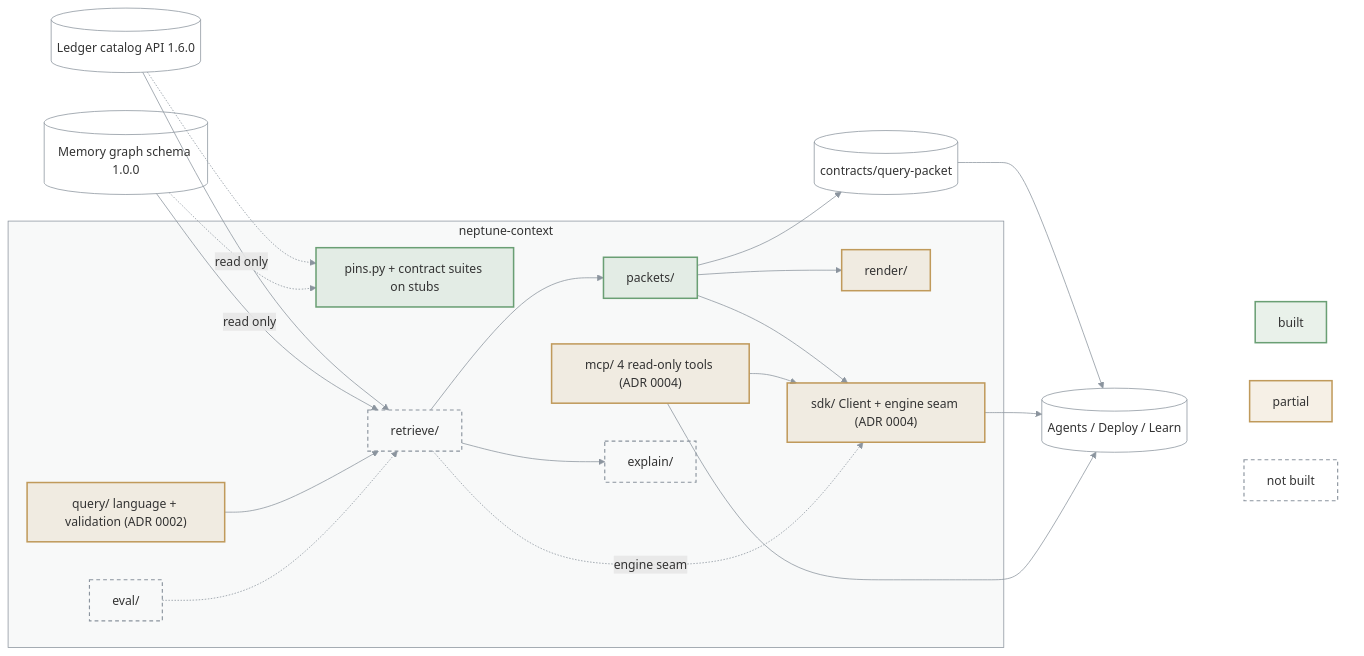
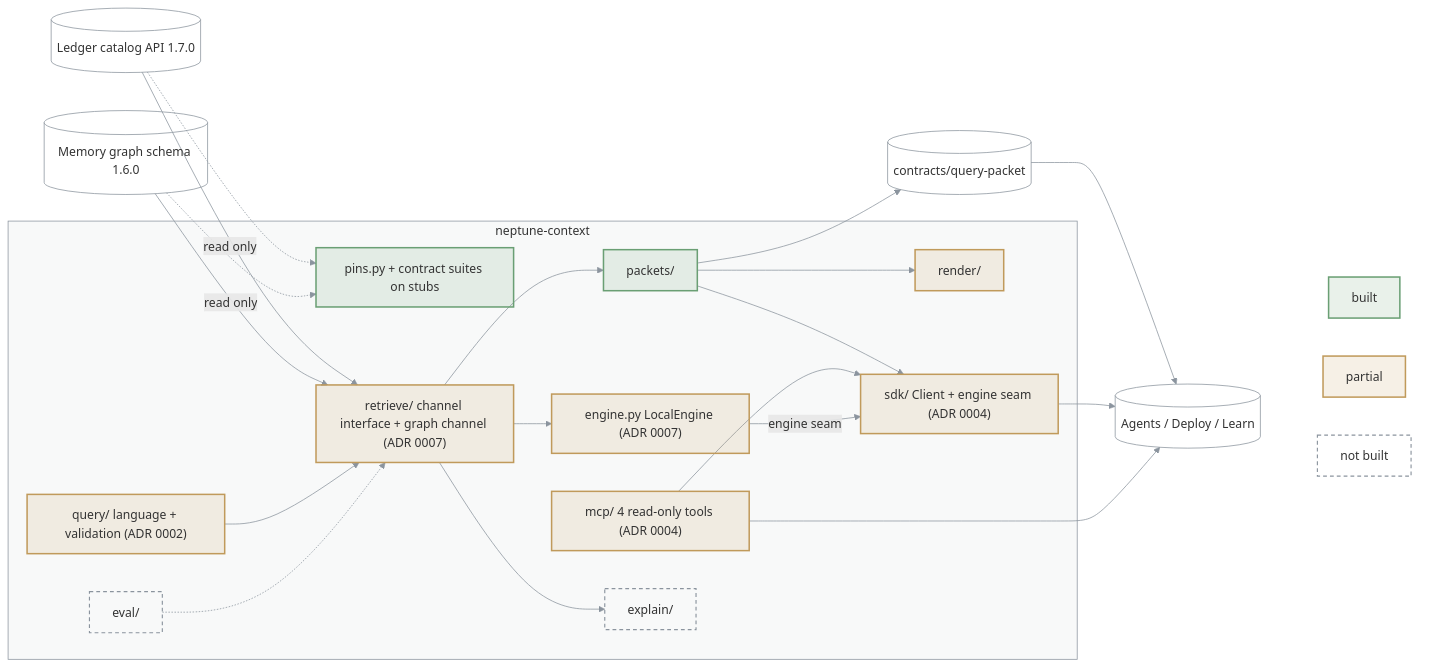
The diagram in packages/neptune-context/ARCHITECTURE.md (bennytay/neptune), drawn with Mermaid before and after one commit. The commit also changed 10 other files, not shown here.

First line of the commit message:
feat(context): graph channel and local engine over Memory and the Ledger

````diff
--- a/packages/neptune-context/ARCHITECTURE.md
+++ b/packages/neptune-context/ARCHITECTURE.md
@@ -3,48 +3,49 @@
 ```mermaid
 flowchart LR
-  LED[("Ledger catalog API 1.6.0")]
-  MEM[("Memory graph schema 1.0.0")]
+  LED[("Ledger catalog API 1.7.0")]
+  MEM[("Memory graph schema 1.6.0")]
   subgraph P["neptune-context"]
     PIN["pins.py + contract suites on stubs"]
     QRY["query/ language + validation (ADR 0002)"]
-    RET["retrieve/"]
+    RET["retrieve/ channel interface + graph channel (ADR 0007)"]
+    ENG["engine.py LocalEngine (ADR 0007)"]
     PKT["packets/"]
     RND["render/"]
     SDK["sdk/ Client + engine seam (ADR 0004)"]
     MCP["mcp/ 4 read-only tools (ADR 0004)"]
     EXP["explain/"]
     EVA["eval/"]
   end
   OUT[("Agents / Deploy / Learn")]
   CON[("contracts/query-packet")]
   LED -->|read only| RET
   MEM -->|read only| RET
   LED & MEM -.-> PIN
   QRY --> RET --> PKT --> RND
   RET --> EXP
   PKT --> SDK
   MCP --> SDK
-  RET -.->|engine seam| SDK
+  RET --> ENG -->|engine seam| SDK
   EVA -.-> RET
   PKT --> CON --> OUT
   SDK & MCP --> OUT
 
   subgraph KEY[" "]
     K1["built"]
     K2["partial"]
     K3["not built"]
   end
   OUT ~~~ K1 & K2 & K3
 
   classDef built fill:#6a9f7426,stroke:#6a9f74,stroke-width:2px
   classDef partial fill:#c09a5b26,stroke:#c09a5b,stroke-width:2px
   classDef todo fill:none,stroke:#8b949e,stroke-width:1.5px,stroke-dasharray:5 4
   classDef ext fill:none,stroke:#8b949e,stroke-width:1px
   class K1,PIN,PKT built
-  class K2,QRY,RND,SDK,MCP partial
-  class RET,EXP,EVA,K3 todo
+  class K2,QRY,RND,SDK,MCP,RET,ENG partial
+  class EXP,EVA,K3 todo
   class LED,MEM,OUT,CON ext
   style P fill:#8b949e0f,stroke:#8b949e
   style KEY fill:none,stroke:none
   linkStyle default stroke:#8b949e
 ```
````
